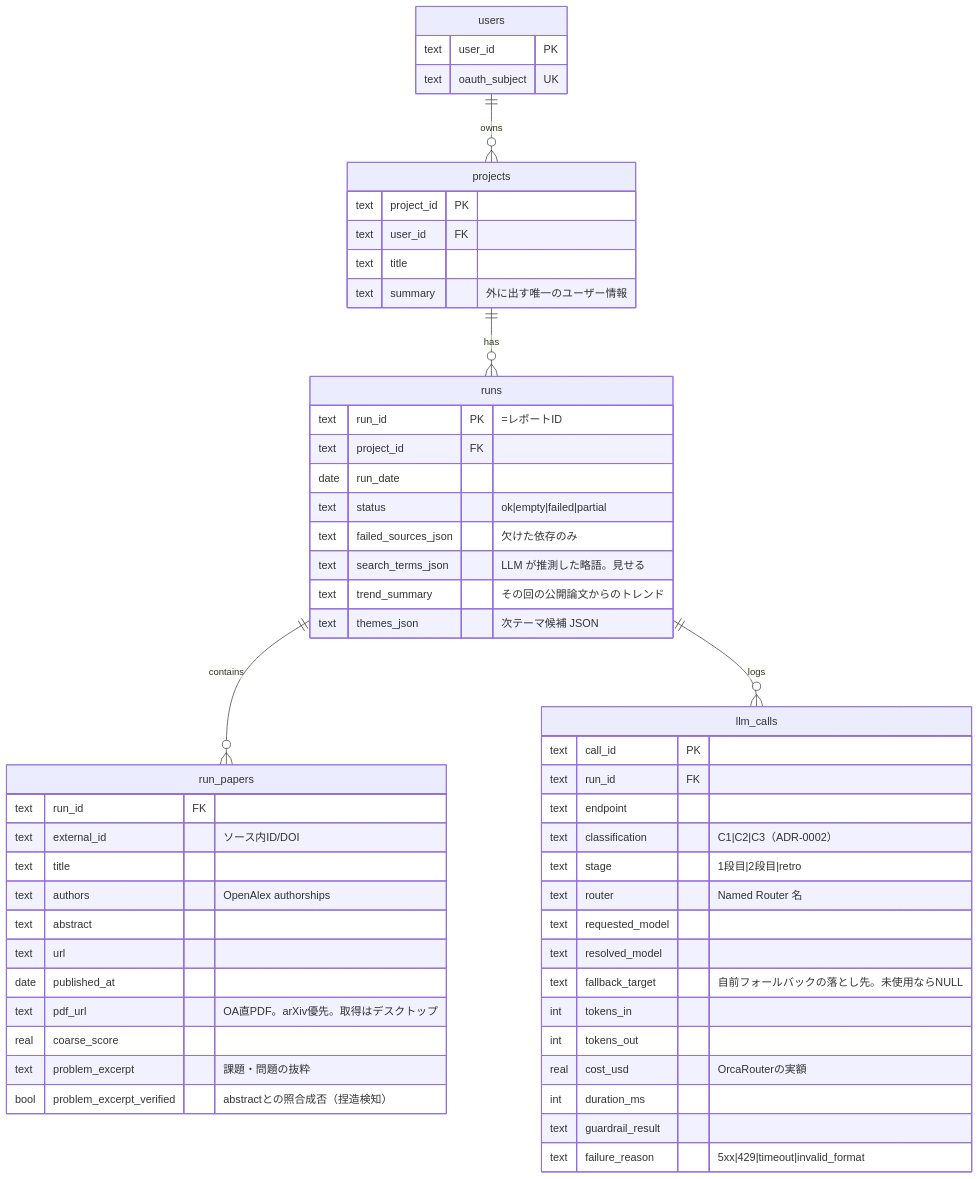
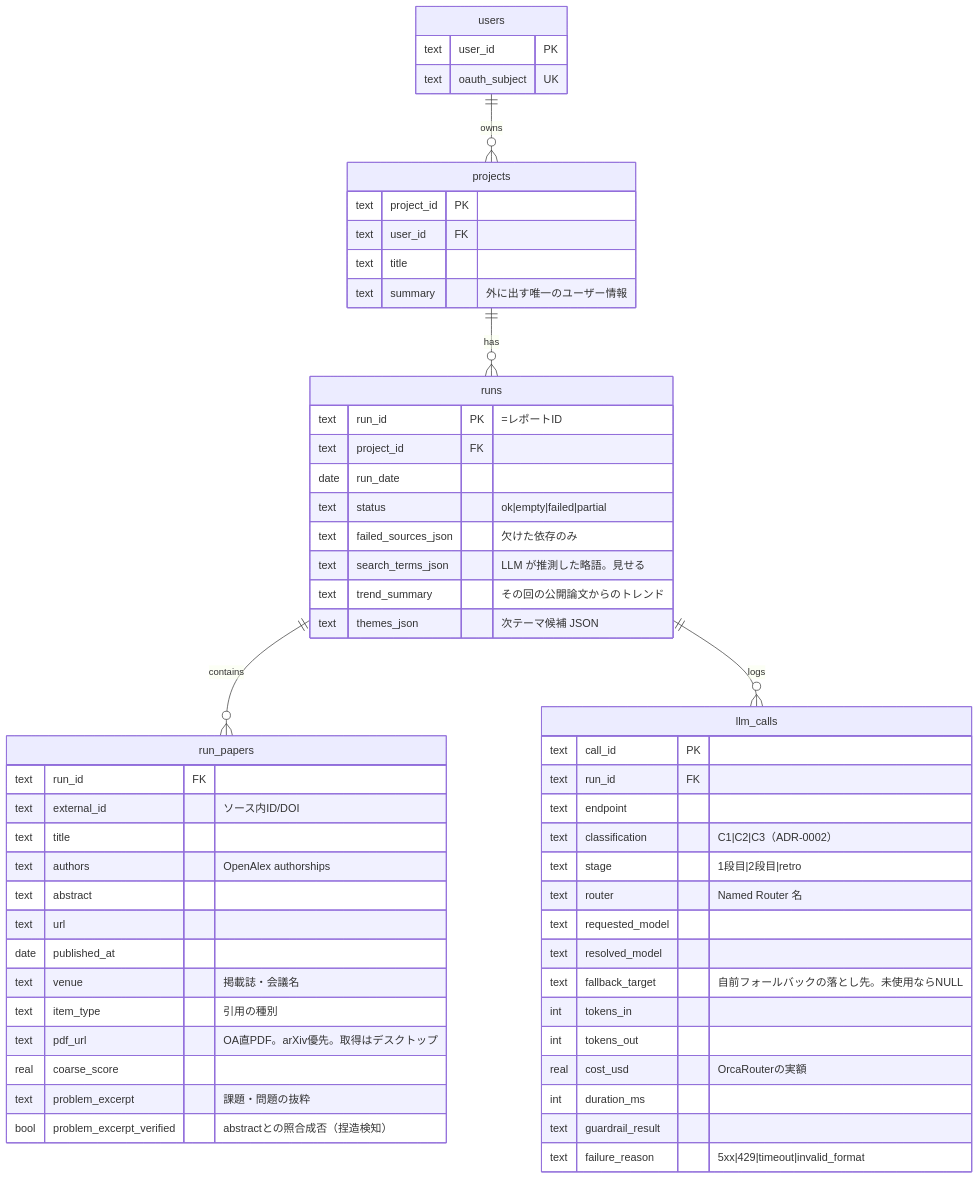
One commit to uzak0209/AI-Research changed the first of 2 diagrams in docs/er-diagram.md. Above: the diagram before and after it, drawn with Mermaid. The commit also changed other lines of this file and 24 other files, not shown here.

````diff
--- a/docs/er-diagram.md
+++ b/docs/er-diagram.md
@@ -32,58 +32,60 @@
 ```mermaid
 erDiagram
     users ||--o{ projects : owns
     projects ||--o{ runs : has
     runs ||--o{ run_papers : contains
     runs ||--o{ llm_calls : logs
 
     users {
         text user_id PK
         text oauth_subject UK
     }
     projects {
         text project_id PK
         text user_id FK
         text title
         text summary "外に出す唯一のユーザー情報"
     }
     runs {
         text run_id PK "=レポートID"
         text project_id FK
         date run_date
         text status "ok|empty|failed|partial"
         text failed_sources_json "欠けた依存のみ"
         text search_terms_json "LLM が推測した略語。見せる"
         text trend_summary "その回の公開論文からのトレンド"
         text themes_json "次テーマ候補 JSON"
     }
     run_papers {
         text run_id FK
         text external_id "ソース内ID/DOI"
         text title
         text authors "OpenAlex authorships"
         text abstract
         text url
         date published_at
+        text venue "掲載誌・会議名"
+        text item_type "引用の種別"
         text pdf_url "OA直PDF。arXiv優先。取得はデスクトップ"
         real coarse_score
         text problem_excerpt "課題・問題の抜粋"
         bool problem_excerpt_verified "abstractとの照合成否（捏造検知）"
     }
     llm_calls {
         text call_id PK
         text run_id FK
         text endpoint
         text classification "C1|C2|C3（ADR-0002）"
         text stage "1段目|2段目|retro"
         text router "Named Router 名"
         text requested_model
         text resolved_model
         text fallback_target "自前フォールバックの落とし先。未使用ならNULL"
         int tokens_in
         int tokens_out
         real cost_usd "OrcaRouterの実額"
         int duration_ms
         text guardrail_result
         text failure_reason "5xx|429|timeout|invalid_format"
     }
 ```
````
